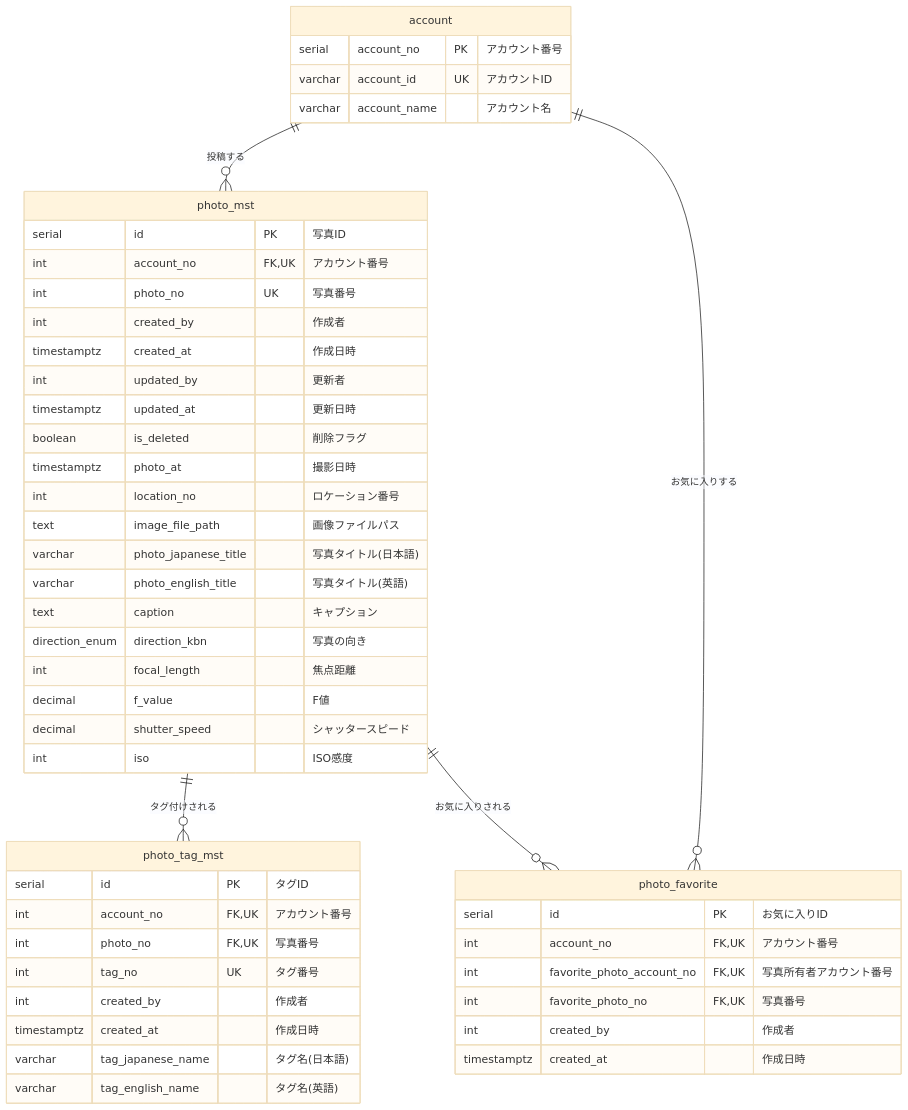
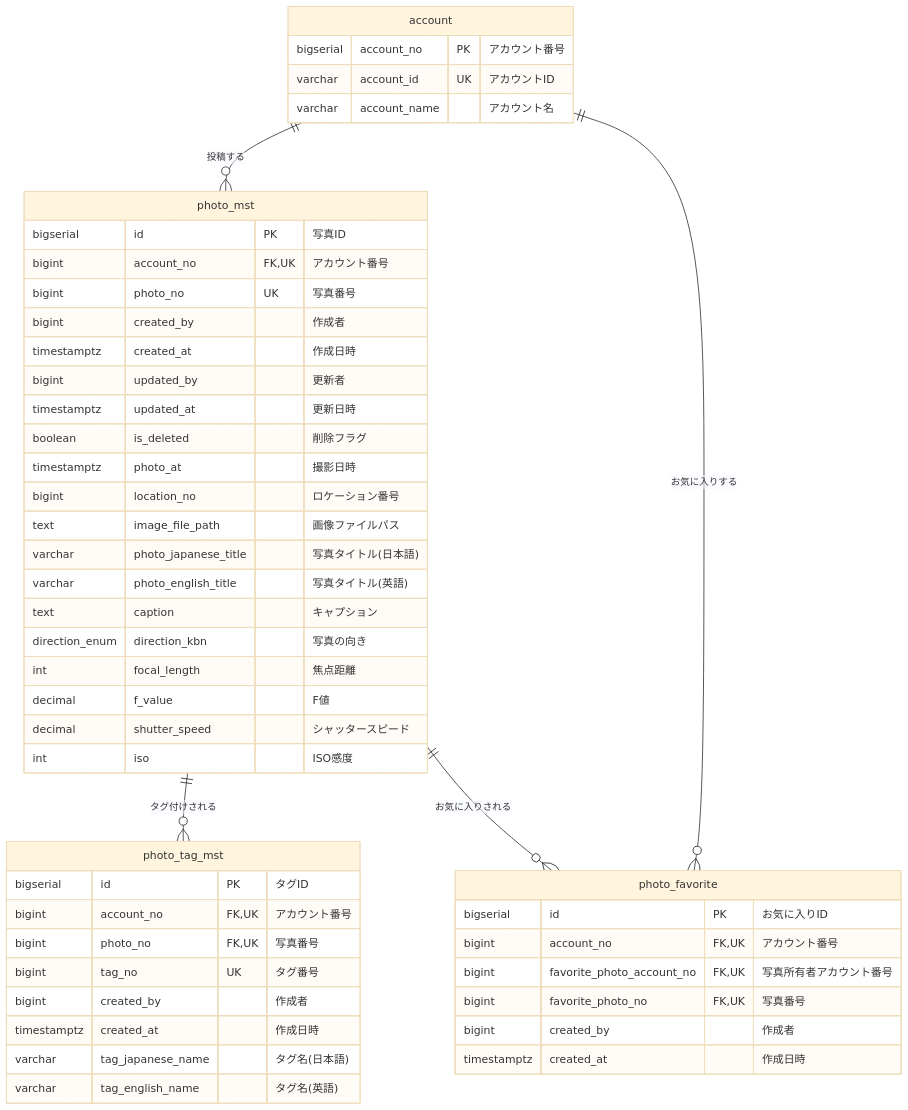
The third of 3 diagrams in doc/database/er-diagram.md (KentoKodama214/WebGallery), drawn with Mermaid (base theme) before and after one commit. The commit also changed other lines of this file and 2 other files, not shown here.

Commit message:
データベースドキュメントのserial→bigserial、int→bigint変更を反映

````diff
--- a/doc/database/er-diagram.md
+++ b/doc/database/er-diagram.md
@@ -195,55 +195,55 @@
 ```mermaid
 erDiagram
     account {
-        serial account_no PK "アカウント番号"
+        bigserial account_no PK "アカウント番号"
         varchar account_id UK "アカウントID"
         varchar account_name "アカウント名"
     }
 
     photo_mst {
-        serial id PK "写真ID"
-        int account_no FK,UK "アカウント番号"
-        int photo_no UK "写真番号"
-        int created_by "作成者"
+        bigserial id PK "写真ID"
+        bigint account_no FK,UK "アカウント番号"
+        bigint photo_no UK "写真番号"
+        bigint created_by "作成者"
         timestamptz created_at "作成日時"
-        int updated_by "更新者"
+        bigint updated_by "更新者"
         timestamptz updated_at "更新日時"
         boolean is_deleted "削除フラグ"
         timestamptz photo_at "撮影日時"
-        int location_no "ロケーション番号"
+        bigint location_no "ロケーション番号"
         text image_file_path "画像ファイルパス"
         varchar photo_japanese_title "写真タイトル(日本語)"
         varchar photo_english_title "写真タイトル(英語)"
         text caption "キャプション"
         direction_enum direction_kbn "写真の向き"
         int focal_length "焦点距離"
         decimal f_value "F値"
         decimal shutter_speed "シャッタースピード"
         int iso "ISO感度"
     }
 
     photo_tag_mst {
-        serial id PK "タグID"
-        int account_no FK,UK "アカウント番号"
-        int photo_no FK,UK "写真番号"
-        int tag_no UK "タグ番号"
-        int created_by "作成者"
+        bigserial id PK "タグID"
+        bigint account_no FK,UK "アカウント番号"
+        bigint photo_no FK,UK "写真番号"
+        bigint tag_no UK "タグ番号"
+        bigint created_by "作成者"
         timestamptz created_at "作成日時"
         varchar tag_japanese_name "タグ名(日本語)"
         varchar tag_english_name "タグ名(英語)"
     }
 
     photo_favorite {
-        serial id PK "お気に入りID"
-        int account_no FK,UK "アカウント番号"
-        int favorite_photo_account_no FK,UK "写真所有者アカウント番号"
-        int favorite_photo_no FK,UK "写真番号"
-        int created_by "作成者"
+        bigserial id PK "お気に入りID"
+        bigint account_no FK,UK "アカウント番号"
+        bigint favorite_photo_account_no FK,UK "写真所有者アカウント番号"
+        bigint favorite_photo_no FK,UK "写真番号"
+        bigint created_by "作成者"
         timestamptz created_at "作成日時"
     }
 
     account ||--o{ photo_mst : "投稿する"
     account ||--o{ photo_favorite : "お気に入りする"
     photo_mst ||--o{ photo_tag_mst : "タグ付けされる"
     photo_mst ||--o{ photo_favorite : "お気に入りされる"
 ```
````
